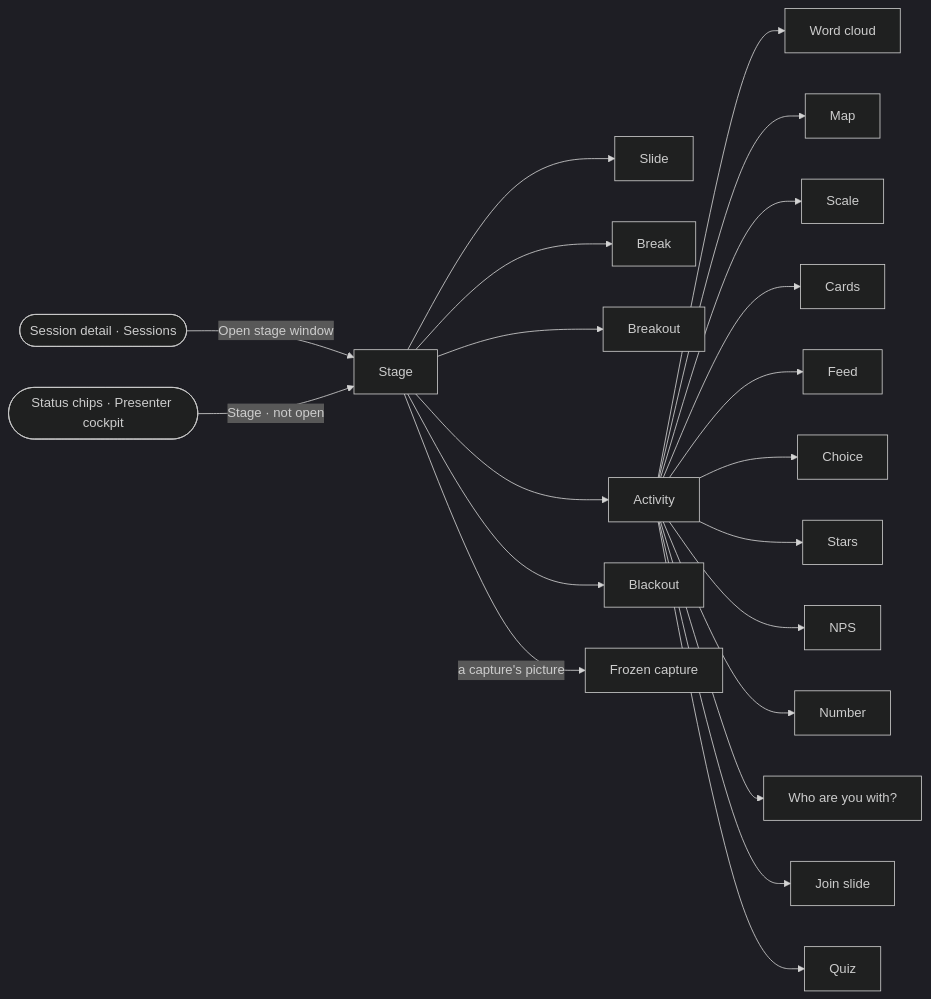
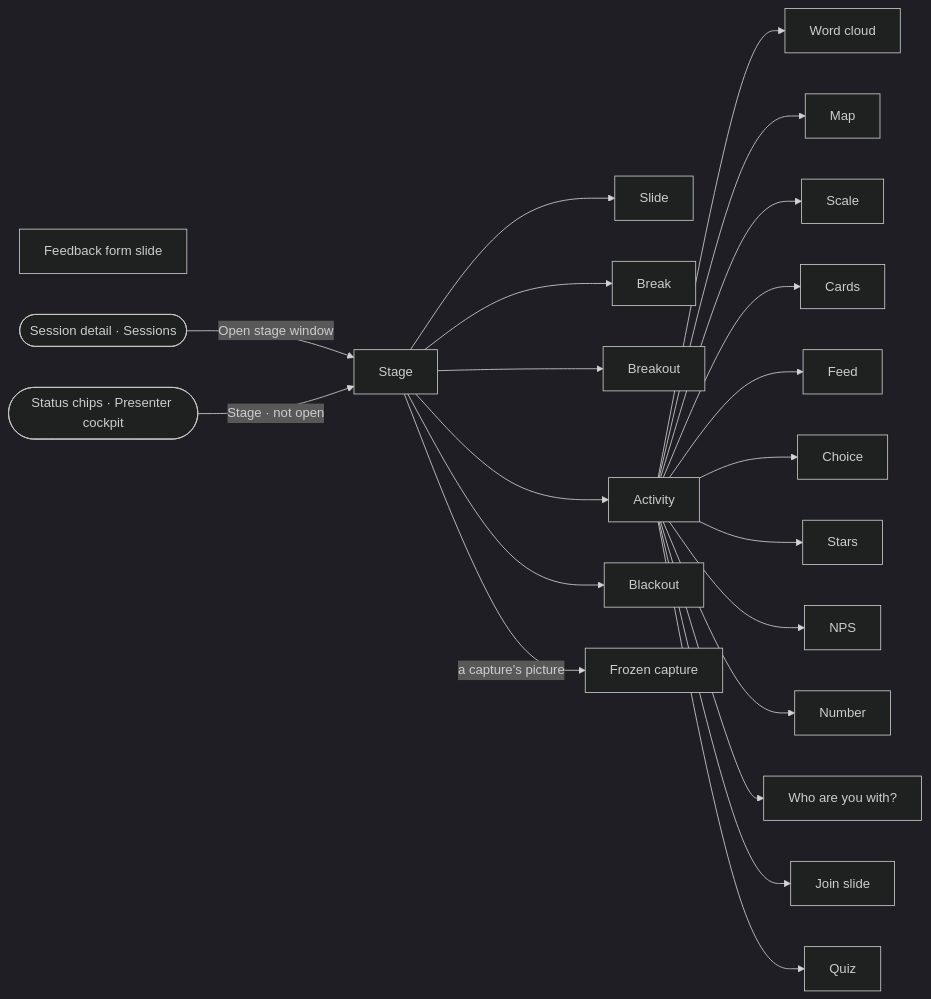
One commit to ferraroroberto/facilitation-suite changed the tenth of 12 diagrams in docs/ux-surface-map.md. Above: the diagram before and after it, drawn with Mermaid (dark theme). The commit also changed other lines of this file and 46 other files, not shown here.

````diff
--- a/docs/ux-surface-map.md
+++ b/docs/ux-surface-map.md
@@ -1914,44 +1959,45 @@
 ```mermaid
 flowchart LR
-  s120["Stage"]
-  s121["Slide"]
-  s122["Break"]
-  s123["Breakout"]
-  s124["Activity"]
-  s125["Word cloud"]
-  s126["Map"]
-  s127["Scale"]
-  s128["Cards"]
-  s129["Feed"]
-  s130["Choice"]
-  s131["Stars"]
-  s132["NPS"]
-  s133["Number"]
-  s134["Who are you with?"]
-  s135["Join slide"]
-  s136["Quiz"]
-  s137["Blackout"]
-  s138["Frozen capture"]
+  s123["Stage"]
+  s124["Slide"]
+  s125["Break"]
+  s126["Breakout"]
+  s127["Activity"]
+  s128["Word cloud"]
+  s129["Map"]
+  s130["Scale"]
+  s131["Cards"]
+  s132["Feed"]
+  s133["Choice"]
+  s134["Stars"]
+  s135["NPS"]
+  s136["Number"]
+  s137["Who are you with?"]
+  s138["Join slide"]
+  s139["Feedback form slide"]
+  s140["Quiz"]
+  s141["Blackout"]
+  s142["Frozen capture"]
   s17(["Session detail · Sessions"])
-  s93(["Status chips · Presenter cockpit"])
-  s17 -->|"Open stage window"| s120
-  s93 -->|"Stage · not open"| s120
-  s120 --> s121
-  s120 --> s122
-  s120 --> s123
-  s120 --> s124
-  s120 --> s137
-  s120 -->|"a capture's picture"| s138
-  s124 --> s125
-  s124 --> s126
-  s124 --> s127
-  s124 --> s128
-  s124 --> s129
-  s124 --> s130
-  s124 --> s131
-  s124 --> s132
-  s124 --> s133
-  s124 --> s134
-  s124 --> s135
-  s124 --> s136
+  s95(["Status chips · Presenter cockpit"])
+  s17 -->|"Open stage window"| s123
+  s95 -->|"Stage · not open"| s123
+  s123 --> s124
+  s123 --> s125
+  s123 --> s126
+  s123 --> s127
+  s123 --> s141
+  s123 -->|"a capture's picture"| s142
+  s127 --> s128
+  s127 --> s129
+  s127 --> s130
+  s127 --> s131
+  s127 --> s132
+  s127 --> s133
+  s127 --> s134
+  s127 --> s135
+  s127 --> s136
+  s127 --> s137
+  s127 --> s138
+  s127 --> s140
 ```
````
